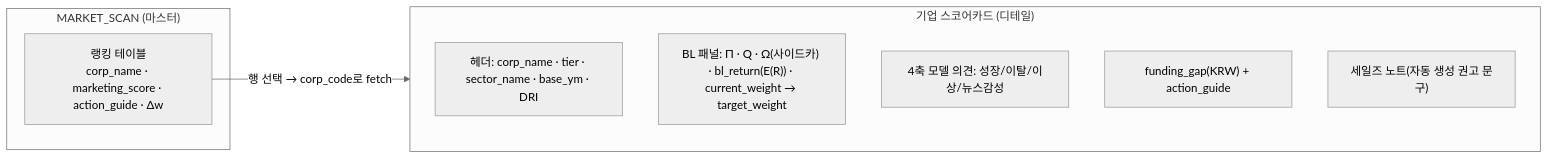
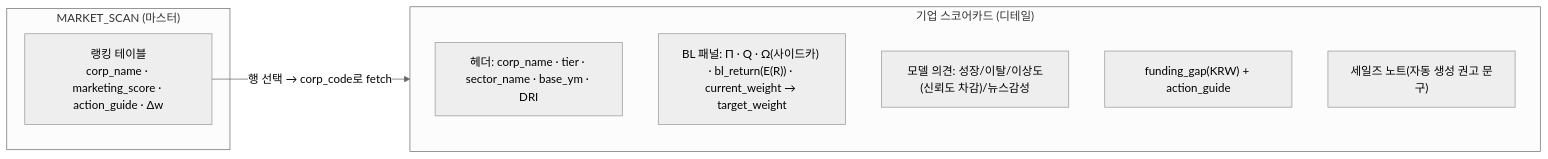
The third of 5 diagrams in docs/design/05-dashboard-design.md (blunderblus/black_litterman_project), drawn with Mermaid (neutral theme) before and after one commit. The commit also changed other lines of this file and 26 other files, not shown here.

````diff
--- a/docs/design/05-dashboard-design.md
+++ b/docs/design/05-dashboard-design.md
@@ -208,14 +208,14 @@
 ```mermaid
 flowchart LR
   subgraph MASTER["MARKET_SCAN (마스터)"]
     RANK["랭킹 테이블<br/>corp_name · marketing_score · action_guide · Δw"]
   end
   subgraph DETAIL["기업 스코어카드 (디테일)"]
     HD["헤더: corp_name · tier · sector_name · base_ym · DRI"]
     BL["BL 패널: Π · Q · Ω(사이드카) · bl_return(E(R)) · current_weight → target_weight"]
-    AI["4축 모델 의견: 성장/이탈/이상/뉴스감성"]
+    AI["모델 의견: 성장/이탈/이상도(신뢰도 차감)/뉴스감성"]
     GAP["funding_gap(KRW) + action_guide"]
     NOTE["세일즈 노트(자동 생성 권고 문구)"]
   end
   RANK -->|행 선택 → corp_code로 fetch| DETAIL
 ```
````
